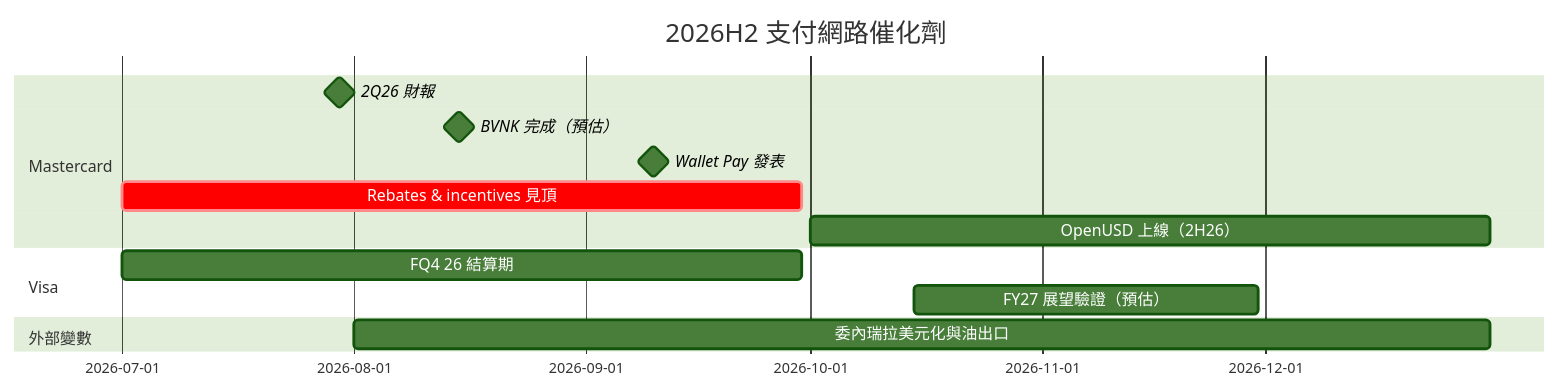
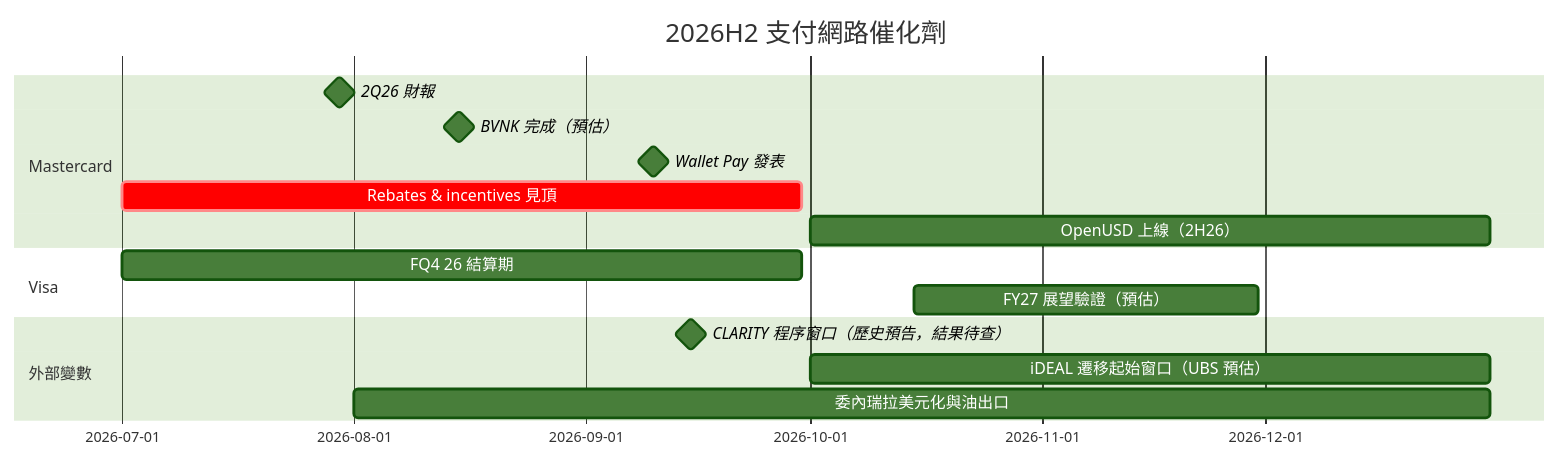
Before and after one commit to kevn950324/wiki_Stockv2: the diagram in content/lib/5.schedule/時程_2026Q3Q4_支付網路催化劑.md, drawn with Mermaid (forest theme). The commit also changed other lines of this file and 30 other files, not shown here.

````diff
--- a/content/lib/5.schedule/時程_2026Q3Q4_支付網路催化劑.md
+++ b/content/lib/5.schedule/時程_2026Q3Q4_支付網路催化劑.md
@@ -31,16 +34,18 @@
 ```mermaid
 gantt
     title 2026H2 支付網路催化劑
     dateFormat YYYY-MM-DD
     section Mastercard
     2Q26 財報               :milestone, 2026-07-30, 0d
     BVNK 完成（預估）        :milestone, 2026-08-15, 0d
     Wallet Pay 發表         :milestone, 2026-09-10, 0d
     Rebates & incentives 見頂 :crit, 2026-07-01, 2026-09-30
     OpenUSD 上線（2H26）     :2026-10-01, 2026-12-31
     section Visa
     FQ4 26 結算期           :2026-07-01, 2026-09-30
     FY27 展望驗證（預估）     :2026-10-15, 2026-11-30
     section 外部變數
+    CLARITY 程序窗口（歷史預告，結果待查） :milestone, 2026-09-15, 0d
+    iDEAL 遷移起始窗口（UBS 預估） :2026-10-01, 2026-12-31
     委內瑞拉美元化與油出口    :2026-08-01, 2026-12-31
 ```
````
